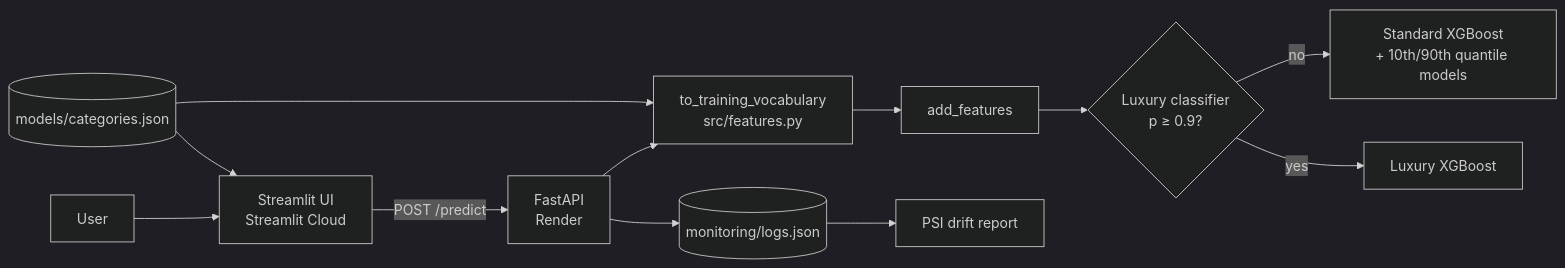
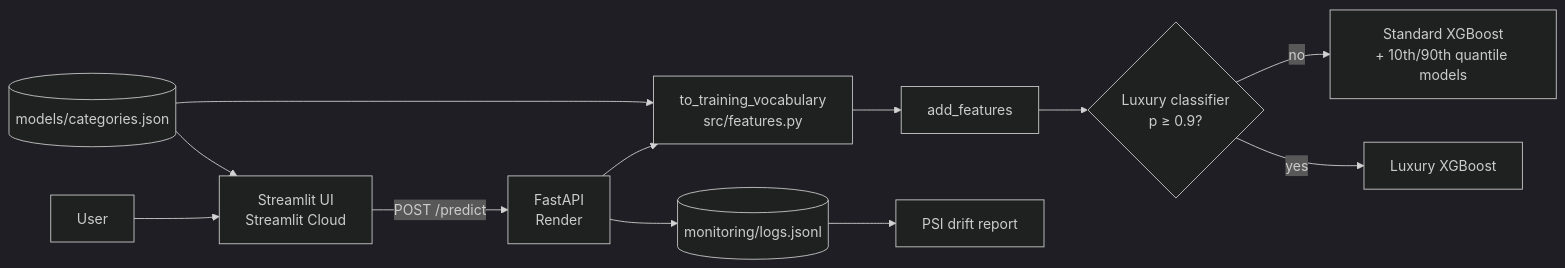
Before and after one commit to Siegried81/immo-eliza-deployment: the diagram in README.md, drawn with Mermaid (dark theme). The commit also changed other lines of this file and 18 other files, not shown here.

````diff
--- a/README.md
+++ b/README.md
@@ -36,14 +36,14 @@
 ```mermaid
 flowchart LR
     U[User] --> S[Streamlit UI<br/>Streamlit Cloud]
     S -- POST /predict --> A[FastAPI<br/>Render]
     A --> N[to_training_vocabulary<br/>src/features.py]
     N --> F[add_features]
     F --> C{Luxury classifier<br/>p ≥ 0.9?}
     C -- no --> M1[Standard XGBoost<br/>+ 10th/90th quantile models]
     C -- yes --> M2[Luxury XGBoost]
-    A --> L[(monitoring/logs.json)]
+    A --> L[(monitoring/logs.jsonl)]
     L --> D[PSI drift report]
     V[(models/categories.json)] --> N
     V --> S
 ```
````
